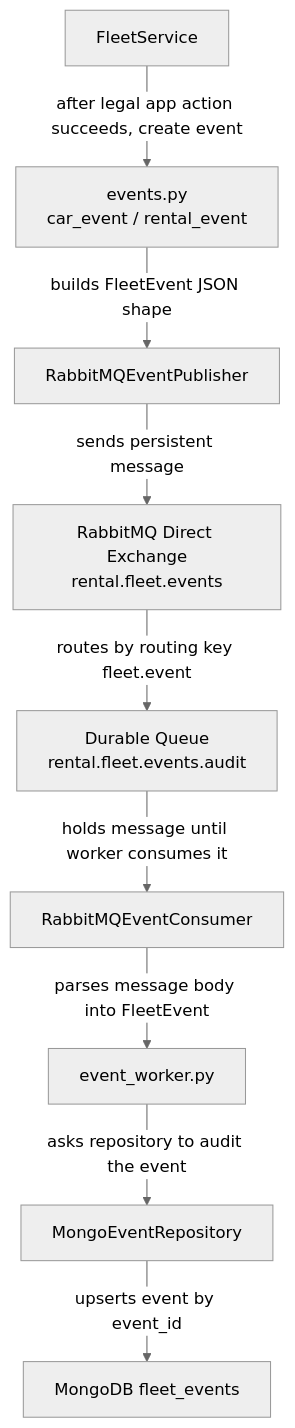
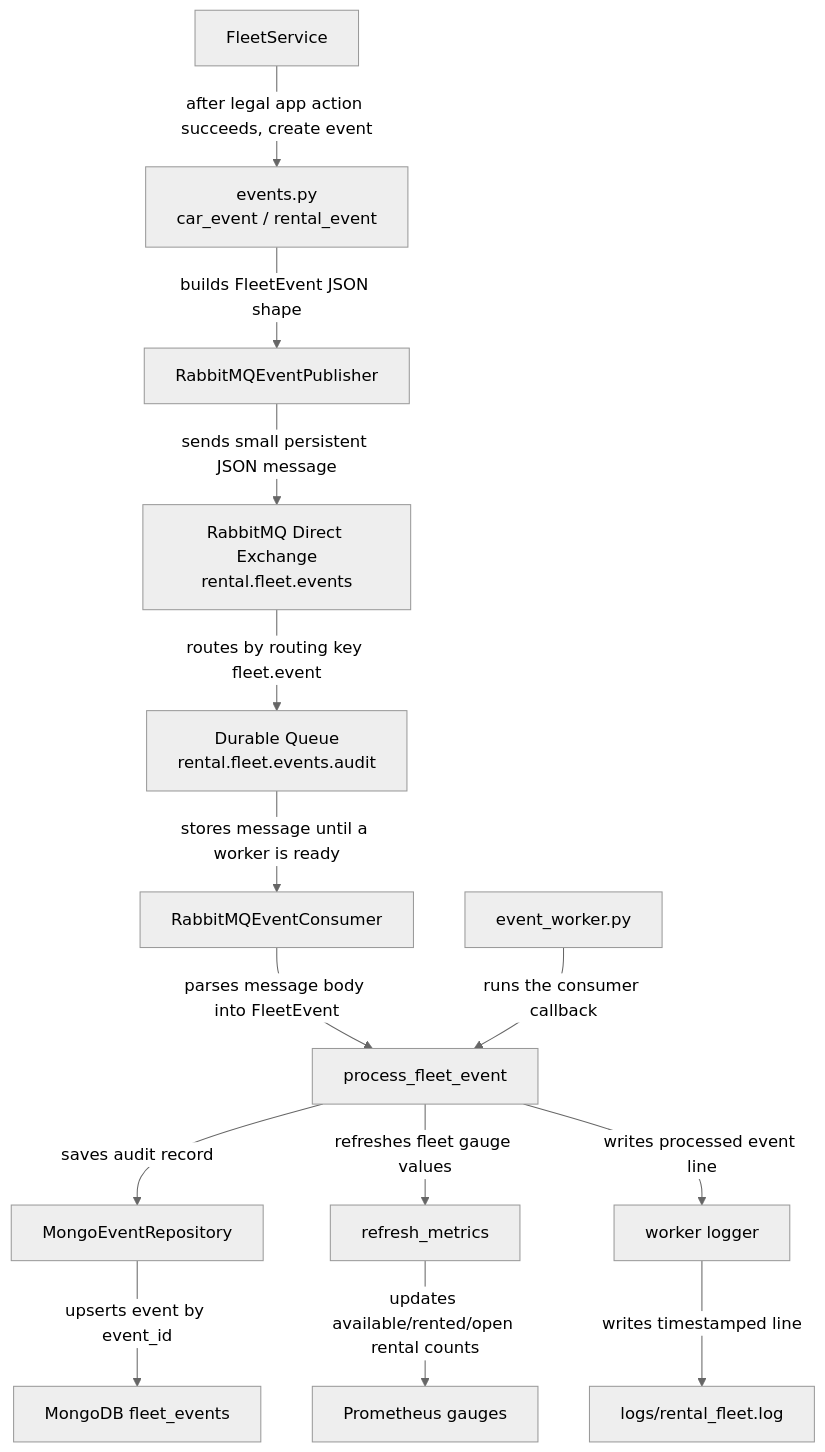
One commit to YonatanMoshes/Rental changed the sixth of 15 diagrams in README.md. Above: the diagram before and after it, drawn with Mermaid (neutral theme). The commit also changed other lines of this file and 7 other files, not shown here.

````diff
--- a/README.md
+++ b/README.md
@@ -345,21 +342,31 @@
 ```mermaid
 flowchart TB
     Service["FleetService"]
     EventFactory["events.py<br/>car_event / rental_event"]
     Publisher["RabbitMQEventPublisher"]
     Exchange["RabbitMQ Direct Exchange<br/>rental.fleet.events"]
     Queue["Durable Queue<br/>rental.fleet.events.audit"]
     Consumer["RabbitMQEventConsumer"]
     Worker["event_worker.py"]
+    EventProcessor["process_fleet_event"]
     EventRepo["MongoEventRepository"]
+    Metrics["refresh_metrics"]
+    Logger["worker logger"]
     Mongo["MongoDB fleet_events"]
+    Prometheus["Prometheus gauges"]
+    LogFile["logs/rental_fleet.log"]
 
     Service -->|"after legal app action succeeds, create event"| EventFactory
     EventFactory -->|"builds FleetEvent JSON shape"| Publisher
-    Publisher -->|"sends persistent message"| Exchange
+    Publisher -->|"sends small persistent JSON message"| Exchange
     Exchange -->|"routes by routing key fleet.event"| Queue
-    Queue -->|"holds message until worker consumes it"| Consumer
-    Consumer -->|"parses message body into FleetEvent"| Worker
-    Worker -->|"asks repository to audit the event"| EventRepo
+    Queue -->|"stores message until a worker is ready"| Consumer
+    Consumer -->|"parses message body into FleetEvent"| EventProcessor
+    Worker -->|"runs the consumer callback"| EventProcessor
+    EventProcessor -->|"saves audit record"| EventRepo
+    EventProcessor -->|"refreshes fleet gauge values"| Metrics
+    EventProcessor -->|"writes processed event line"| Logger
     EventRepo -->|"upserts event by event_id"| Mongo
+    Metrics -->|"updates available/rented/open rental counts"| Prometheus
+    Logger -->|"writes timestamped line"| LogFile
 ```
````
